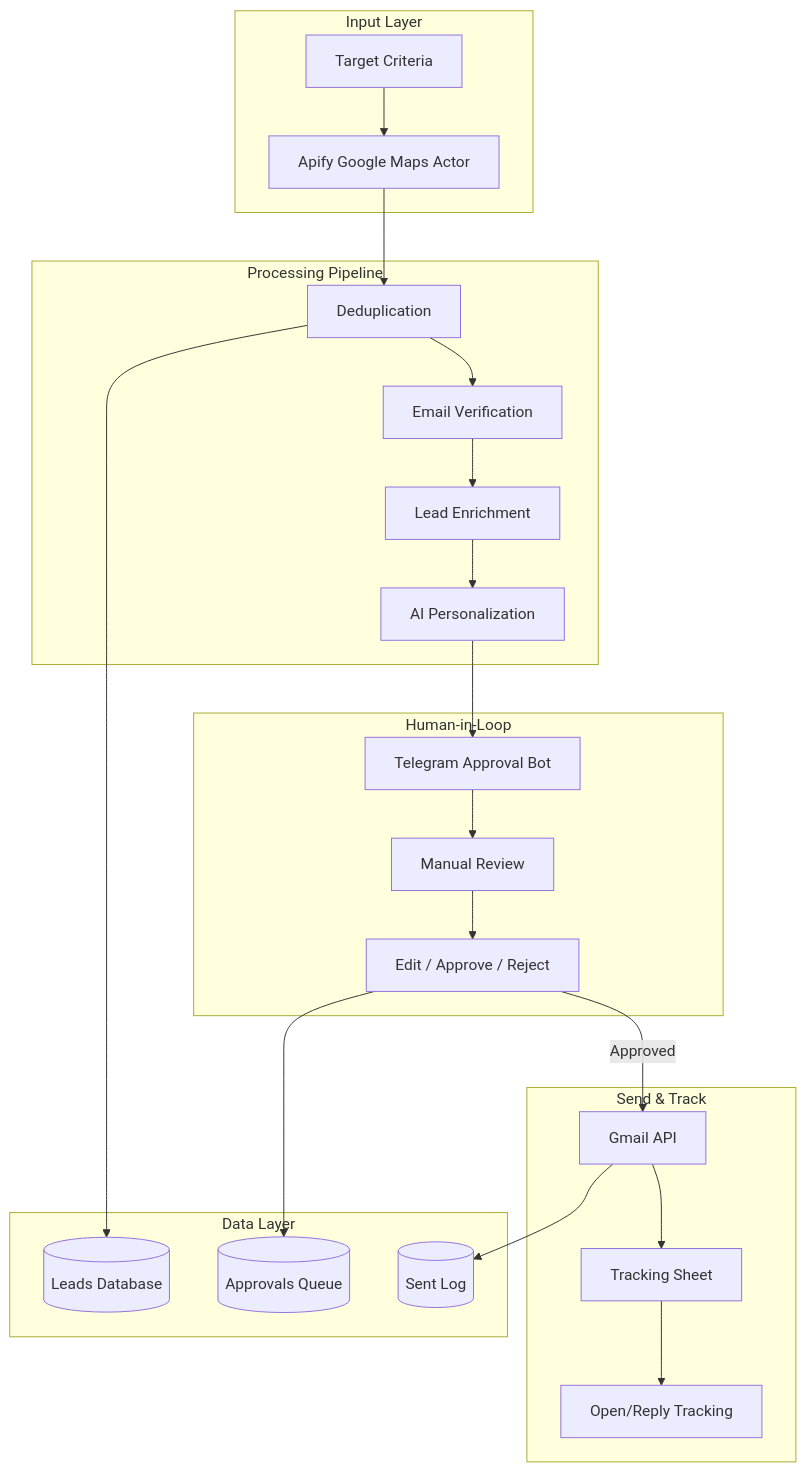
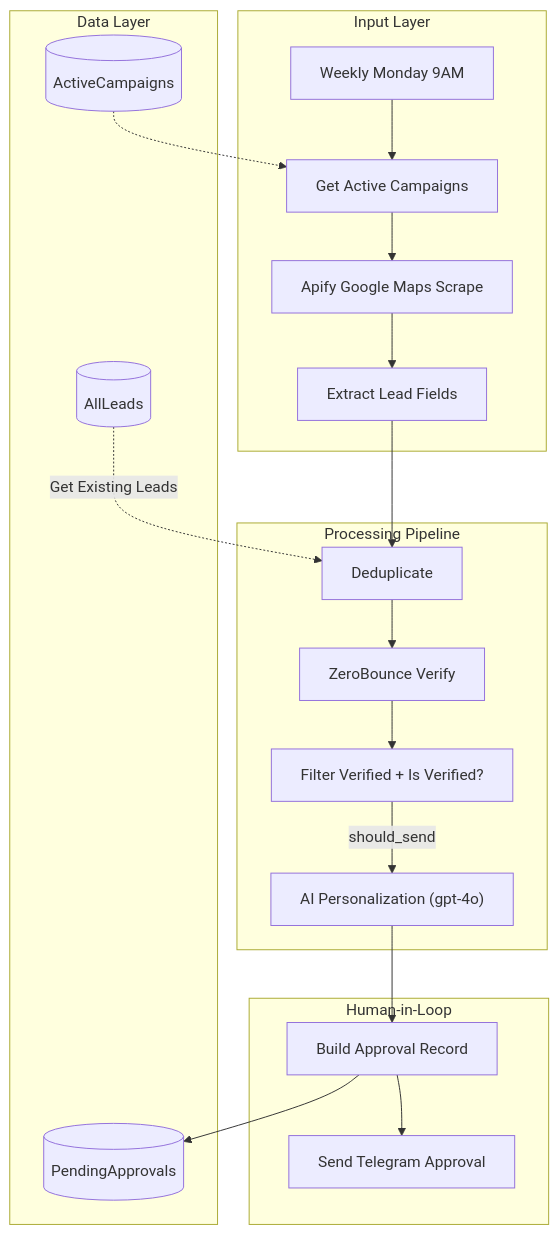
Before and after one commit to khaledabdelaziz1330-dot/Khaled-AI-Automation-Portfolio: the second of 3 diagrams in lead-generation-system/architecture.md, drawn with Mermaid. The commit also changed other lines of this file and 50 other files, not shown here.

````diff
--- a/lead-generation-system/architecture.md
+++ b/lead-generation-system/architecture.md
@@ -23,47 +24,40 @@
 ```mermaid
 flowchart TD
     subgraph Input [Input Layer]
-        CRIT[Target Criteria]
-        APIFY[Apify Google Maps Actor]
+        SCHED[Weekly Monday 9AM]
+        CAMP[Get Active Campaigns]
+        APIFY[Apify Google Maps Scrape]
+        EXTRACT[Extract Lead Fields]
     end
-    
+
     subgraph Processing [Processing Pipeline]
-        DEDUP[Deduplication]
-        VERIFY[Email Verification]
-        ENRICH[Lead Enrichment]
-        AI_GEN[AI Personalization]
+        DEDUP[Deduplicate]
+        VERIFY[ZeroBounce Verify]
+        FILTER["Filter Verified + Is Verified?"]
+        AI_GEN["AI Personalization (gpt-4o)"]
     end
-    
+
     subgraph Human [Human-in-Loop]
-        TG_BOT[Telegram Approval Bot]
-        REVIEW[Manual Review]
-        EDIT[Edit / Approve / Reject]
+        RECORD[Build Approval Record]
+        TG_BOT[Send Telegram Approval]
     end
-    
-    subgraph Send [Send & Track]
-        GMAIL[Gmail API]
-        LOG[Tracking Sheet]
-        ANALYTICS[Open/Reply Tracking]
+
+    subgraph Storage [Data Layer]
+        CAMPAIGNS_DB[(ActiveCampaigns)]
+        LEADS_DB[(AllLeads)]
+        APPROVALS_DB[(PendingApprovals)]
     end
-    
-    subgraph Storage [Data Layer]
-        LEADS_DB[(Leads Database)]
-        APPROVALS_DB[(Approvals Queue)]
-        SENT_DB[(Sent Log)]
-    end
-    
-    CRIT --> APIFY
-    APIFY --> DEDUP
-    DEDUP --> LEADS_DB
+
+    SCHED --> CAMP
+    CAMPAIGNS_DB -.-> CAMP
+    CAMP --> APIFY
+    APIFY --> EXTRACT
+    EXTRACT --> DEDUP
+    LEADS_DB -.->|Get Existing Leads| DEDUP
     DEDUP --> VERIFY
-    VERIFY --> ENRICH
-    ENRICH --> AI_GEN
-    AI_GEN --> TG_BOT
-    TG_BOT --> REVIEW
-    REVIEW --> EDIT
-    EDIT --> APPROVALS_DB
-    EDIT -->|Approved| GMAIL
-    GMAIL --> LOG
-    GMAIL --> SENT_DB
-    LOG --> ANALYTICS
+    VERIFY --> FILTER
+    FILTER -->|should_send| AI_GEN
+    AI_GEN --> RECORD
+    RECORD --> TG_BOT
+    RECORD --> APPROVALS_DB
 ```
````
